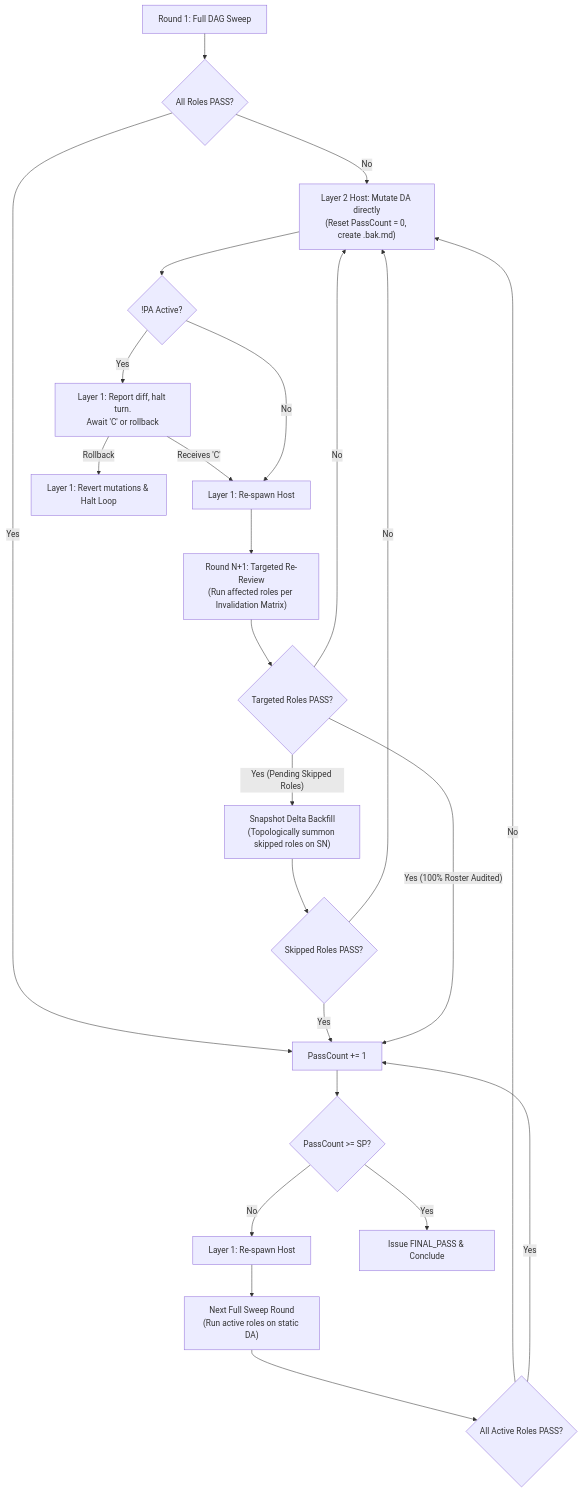
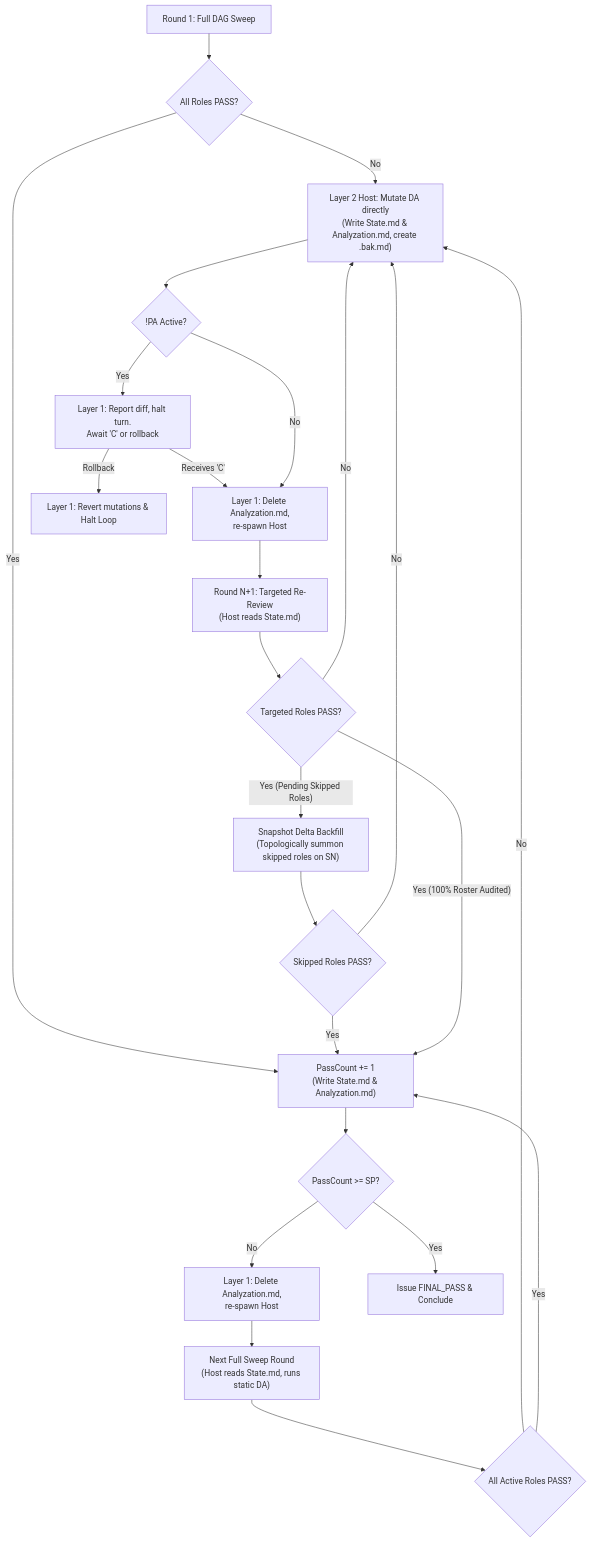
The diagram in productivity/conduct-deep-reviewing-loop/SKILL.md (loerei/myskills), drawn with Mermaid before and after one commit. The commit also changed other lines of this file and 2 other files, not shown here.

Commit message:
feat(deep-review): merge untouched reviewers into host/State.md and differentiate host summoning prompt

````diff
--- a/productivity/conduct-deep-reviewing-loop/SKILL.md
+++ b/productivity/conduct-deep-reviewing-loop/SKILL.md
@@ -20,25 +20,25 @@
 ```mermaid
 flowchart TD
     Start["Round 1: Full DAG Sweep"] --> Eval{"All Roles PASS?"}
-    Eval -->|"No"| Apply["Layer 2 Host: Mutate DA directly<br/>(Reset PassCount = 0, create <da_stem>.bak.md)"]
-    Eval -->|"Yes"| Accumulate["PassCount += 1"]
+    Eval -->|"No"| Apply["Layer 2 Host: Mutate DA directly<br/>(Write State.md & Analyzation.md, create <da_stem>.bak.md)"]
+    Eval -->|"Yes"| Accumulate["PassCount += 1<br/>(Write State.md & Analyzation.md)"]
     Apply --> CheckPA{"!PA Active?"}
     CheckPA -->|"Yes"| PAPause["Layer 1: Report diff, halt turn.<br/>Await 'C' or rollback"]
-    PAPause -->|"Receives 'C'"| Handoff["Layer 1: Re-spawn Host"] --> TargetRun["Round N+1: Targeted Re-Review<br/>(Run affected roles per Invalidation Matrix)"]
+    PAPause -->|"Receives 'C'"| Handoff["Layer 1: Delete Analyzation.md,<br/>re-spawn Host"] --> TargetRun["Round N+1: Targeted Re-Review<br/>(Host reads State.md)"]
     PAPause -->|"Rollback"| RevertHalt["Layer 1: Revert mutations & Halt Loop"]
     CheckPA -->|"No"| Handoff
     CheckTarget{"Targeted Roles PASS?"}
     TargetRun --> CheckTarget
     CheckTarget -->|"No"| Apply
     CheckTarget -->|"Yes (Pending Skipped Roles)"| Backfill["Snapshot Delta Backfill<br/>(Topologically summon skipped roles on SN)"]
     Backfill --> BackfillCheck{"Skipped Roles PASS?"}
     BackfillCheck -->|"No"| Apply
     BackfillCheck -->|"Yes"| Accumulate
     CheckTarget -->|"Yes (100% Roster Audited)"| Accumulate
     Accumulate --> SPCheck{"PassCount >= SP?"}
-    SPCheck -->|"No"| HandoffSweep["Layer 1: Re-spawn Host"] --> FullSweep["Next Full Sweep Round<br/>(Run active roles on static DA)"]
+    SPCheck -->|"No"| HandoffSweep["Layer 1: Delete Analyzation.md,<br/>re-spawn Host"] --> FullSweep["Next Full Sweep Round<br/>(Host reads State.md, runs static DA)"]
     FullSweep --> SweepCheck{"All Active Roles PASS?"}
     SweepCheck -->|"No"| Apply
     SweepCheck -->|"Yes"| Accumulate
     SPCheck -->|"Yes"| FinalPass["Issue FINAL_PASS & Conclude"]
 ```
````
